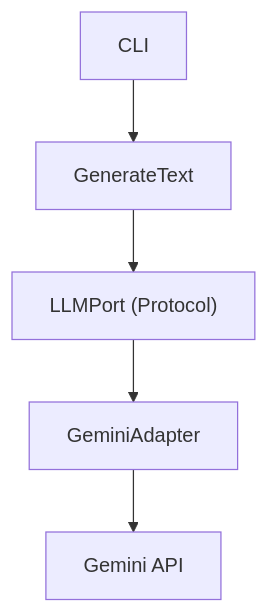
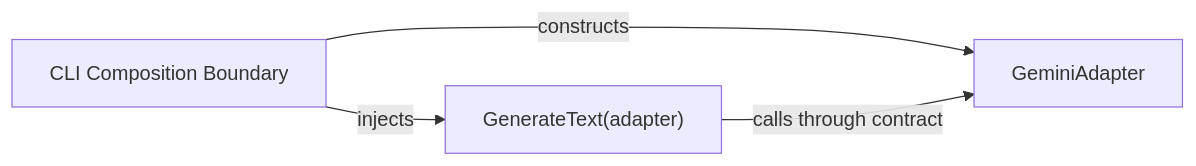
Before and after one commit to mzaid-dev/Bro_to_FAANG-exe: the fifth of 7 diagrams in 1_Bro_Became_AI_Engineer/01_Daily_Learning/Week_01/03_Provider_Adapter/Project/llm_gateway/README.md, drawn with Mermaid. The commit also changed other lines of this file and 4 other files, not shown here.

````diff
--- a/1_Bro_Became_AI_Engineer/01_Daily_Learning/Week_01/03_Provider_Adapter/Project/llm_gateway/README.md
+++ b/1_Bro_Became_AI_Engineer/01_Daily_Learning/Week_01/03_Provider_Adapter/Project/llm_gateway/README.md
@@ -210,7 +215,6 @@
 ```mermaid
-flowchart TD
-    CLI["CLI"] --> USECASE["GenerateText"]
-    USECASE --> PORT["LLMPort (Protocol)"]
-    PORT --> ADAPTER["GeminiAdapter"]
-    ADAPTER --> API["Gemini API"]
+flowchart LR
+    CLI["CLI Composition Boundary"] -->|constructs| ADAPTER["GeminiAdapter"]
+    CLI -->|injects| USECASE["GenerateText(adapter)"]
+    USECASE -->|calls through contract| ADAPTER
 ```
````
